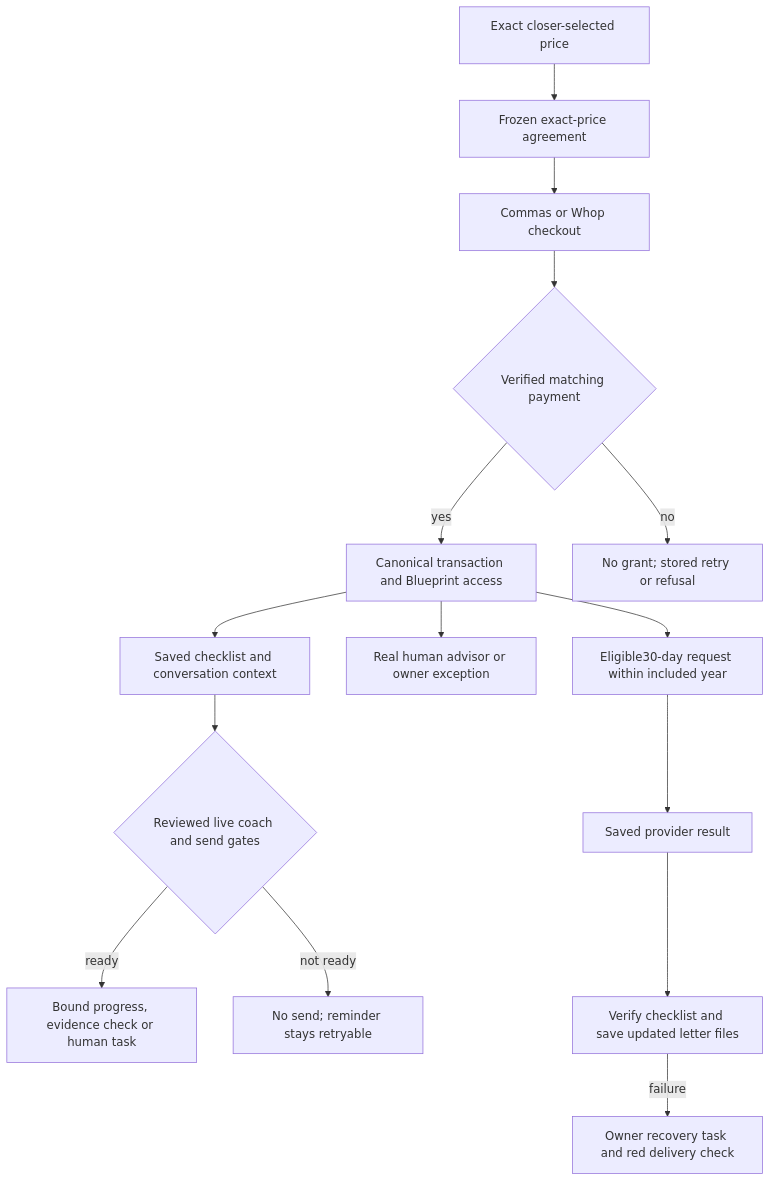
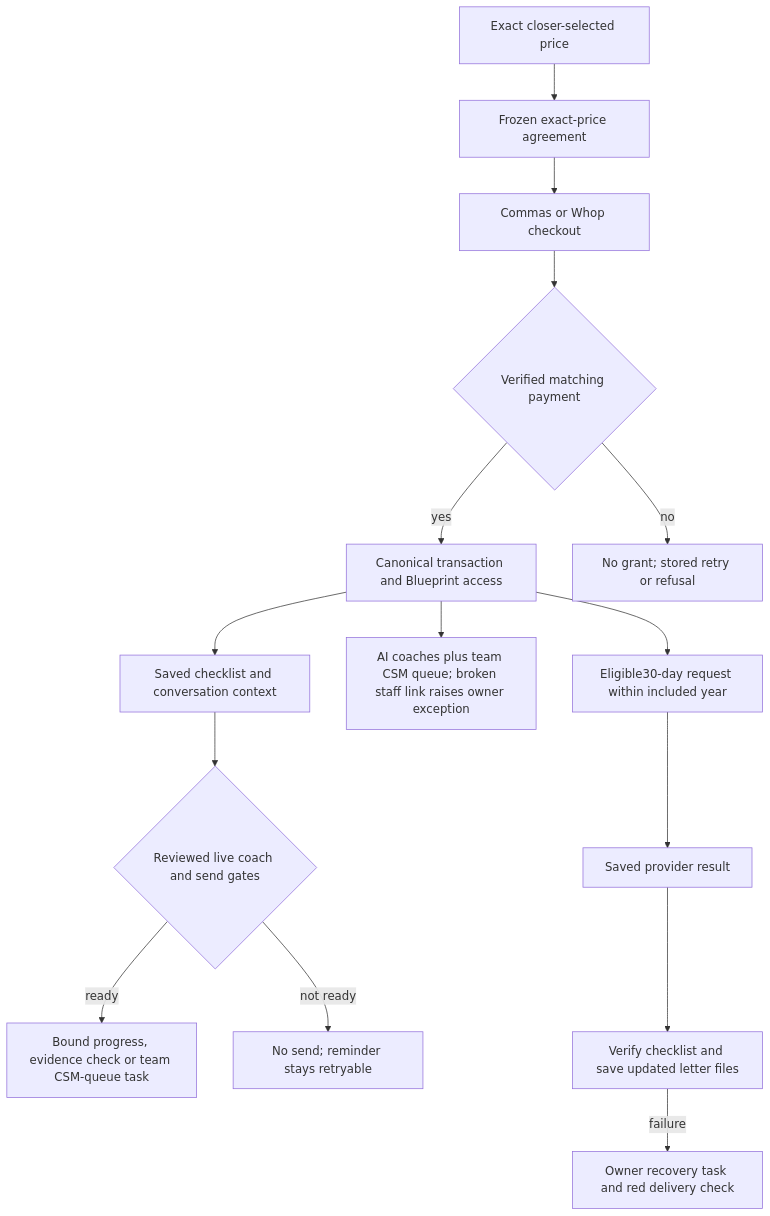
Before and after one commit to ZootimusMaximusSupreme/fundhub-platform: the diagram in docs/journeys/capital-blueprint-actual.md, drawn with Mermaid. The commit also changed other lines of this file and 20 other files, not shown here.

First line of the commit message:
Blueprint CSM is the AI coaches plus the team queue, no named advisor

````diff
--- a/docs/journeys/capital-blueprint-actual.md
+++ b/docs/journeys/capital-blueprint-actual.md
@@ -21,17 +23,17 @@
 ```mermaid
 flowchart TD
   PRICE[Exact closer-selected price] --> AGREEMENT[Frozen exact-price agreement]
   AGREEMENT --> CHECKOUT[Commas or Whop checkout]
   CHECKOUT --> RECEIPT{Verified matching payment}
   RECEIPT -->|yes| ACCESS[Canonical transaction and Blueprint access]
   RECEIPT -->|no| HOLD[No grant; stored retry or refusal]
   ACCESS --> CRM[Saved checklist and conversation context]
-  ACCESS --> HUMAN[Real human advisor or owner exception]
+  ACCESS --> HUMAN[AI coaches plus team CSM queue; broken staff link raises owner exception]
   CRM --> COACH{Reviewed live coach and send gates}
-  COACH -->|ready| ACTION[Bound progress, evidence check or human task]
+  COACH -->|ready| ACTION[Bound progress, evidence check or team CSM-queue task]
   COACH -->|not ready| WAIT[No send; reminder stays retryable]
   ACCESS --> MONTHLY[Eligible30-day request within included year]
   MONTHLY --> RESULT[Saved provider result]
   RESULT --> AFTERCARE[Verify checklist and save updated letter files]
   AFTERCARE -->|failure| EXCEPTION[Owner recovery task and red delivery check]
 ```
````
